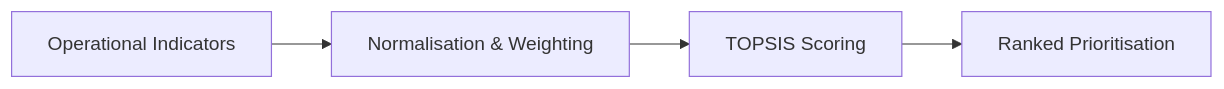
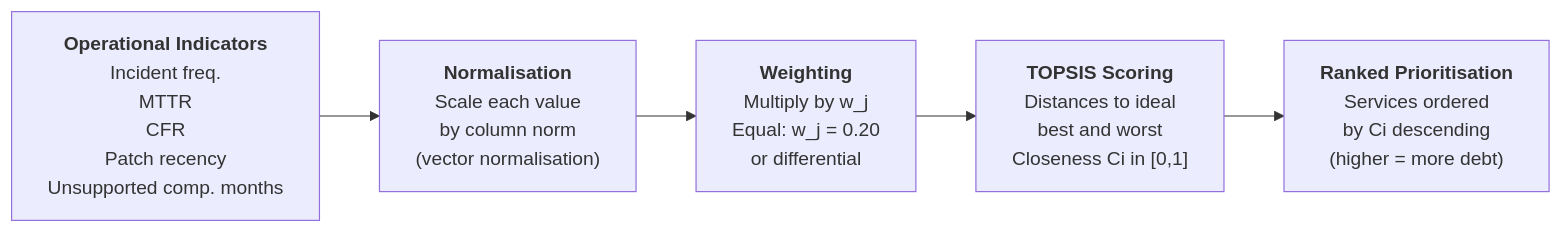
One commit to TobiZeier/MScProject changed the second of 2 diagrams in MScProject/Chapters/3-methodology.qmd. Above: the diagram before and after it, drawn with Mermaid. The commit also changed other lines of this file and 8 other files, not shown here.

````diff
--- a/MScProject/Chapters/3-methodology.qmd
+++ b/MScProject/Chapters/3-methodology.qmd
@@ -151,8 +118,12 @@
 ```{mermaid}
-%%| label: fig-framework
-%%| fig-cap: "Proposed framework pipeline"
-%%| fig-width: 6
+%%| label: fig-framework-pipeline
+%%| fig-cap: "Framework pipeline: from operational indicators to ranked prioritisation"
+%%| fig-width: 6.5
 
 flowchart LR
-    A[Operational Indicators] --> B[Normalisation & Weighting] --> C[TOPSIS Scoring] --> D[Ranked Prioritisation]
+    A["<b>Operational Indicators</b><br/>Incident freq.<br/>MTTR<br/>CFR<br/>Patch recency<br/>Unsupported comp. months"]
+    --> B["<b>Normalisation</b><br/>Scale each value<br/>by column norm<br/>(vector normalisation)"]
+    --> C["<b>Weighting</b><br/>Multiply by w_j<br/>Equal: w_j = 0.20<br/>or differential"]
+    --> D["<b>TOPSIS Scoring</b><br/>Distances to ideal<br/>best and worst<br/>Closeness Ci in [0,1]"]
+    --> E["<b>Ranked Prioritisation</b><br/>Services ordered<br/>by Ci descending<br/>(higher = more debt)"]
 ```
````
